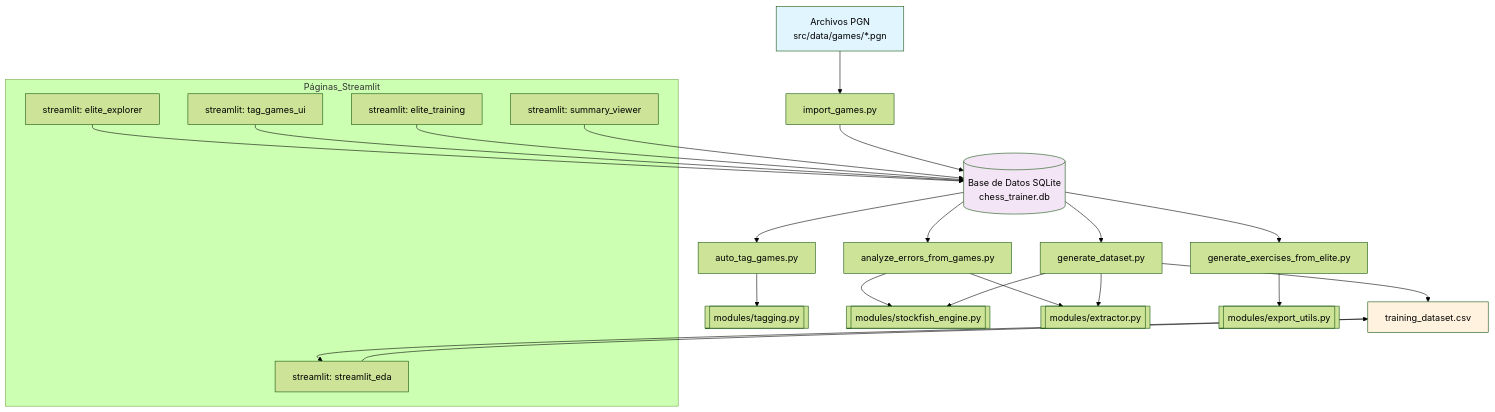
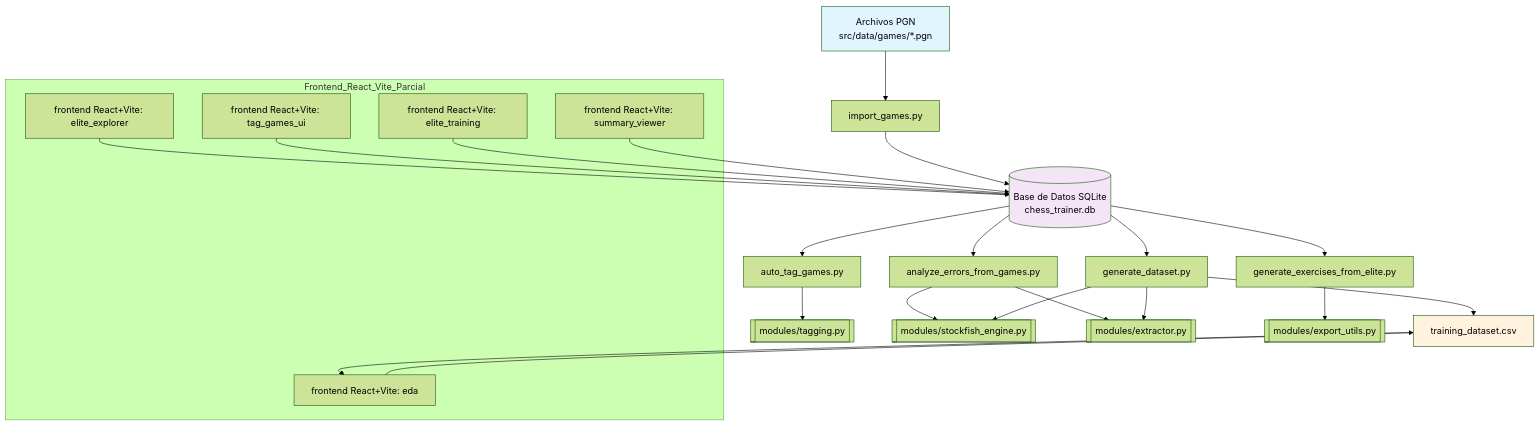
Before and after one commit to cmessoftware/chessinsightai: the diagram in src/architecture_es.md, drawn with Mermaid (forest theme). The commit also changed other lines of this file and 5 other files, not shown here.

First line of the commit message:
docs: update frontend references from streamlit to react+vite

````diff
--- a/src/architecture_es.md
+++ b/src/architecture_es.md
@@ -1,40 +1,40 @@
 ```mermaid
 graph TD
   A[Archivos PGN<br>src/data/games/*.pgn] --> B[import_games.py]
   B --> DB[(Base de Datos SQLite<br>chess_trainer.db)]
 
   DB --> C[auto_tag_games.py]
   DB --> D[analyze_errors_from_games.py]
   DB --> E[generate_exercises_from_elite.py]
   DB --> F[generate_dataset.py]
 
   C --> M1[[modules/tagging.py]]
   D --> M2[[modules/stockfish_engine.py]]
   D --> M3[[modules/extractor.py]]
   E --> M4[[modules/export_utils.py]]
   F --> M2
   F --> M3
 
-  G1[streamlit: elite_explorer] --> DB
-  G2[streamlit: tag_games_ui] --> DB
-  G3[streamlit: elite_training] --> DB
-  G4[streamlit: summary_viewer] --> DB
+  G1[frontend React+Vite: elite_explorer] --> DB
+  G2[frontend React+Vite: tag_games_ui] --> DB
+  G3[frontend React+Vite: elite_training] --> DB
+  G4[frontend React+Vite: summary_viewer] --> DB
   
   CSV[training_dataset.csv]
-  G5[streamlit: streamlit_eda] --> CSV
+  G5[frontend React+Vite: eda] --> CSV
 
   F --> CSV
   CSV --> G5
 
-  subgraph Páginas_Streamlit
+  subgraph Frontend_React_Vite_Parcial
     G1
     G2
     G3
     G4
     G5
   end
 
   style A fill:#e1f5fe
   style DB fill:#f3e5f5
   style CSV fill:#fff3e0
 ```
````
